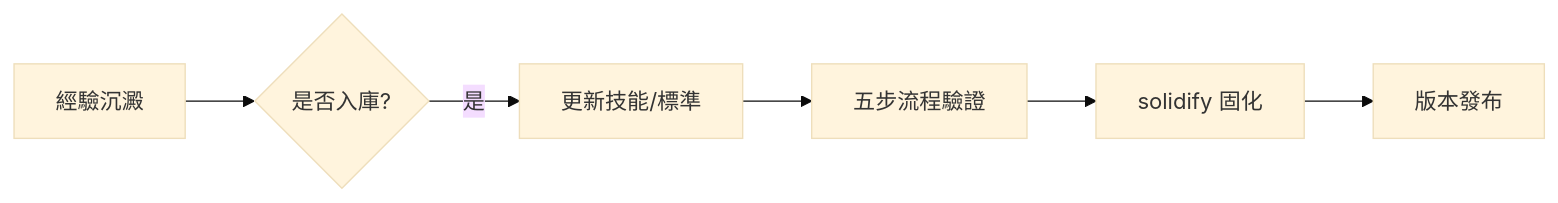
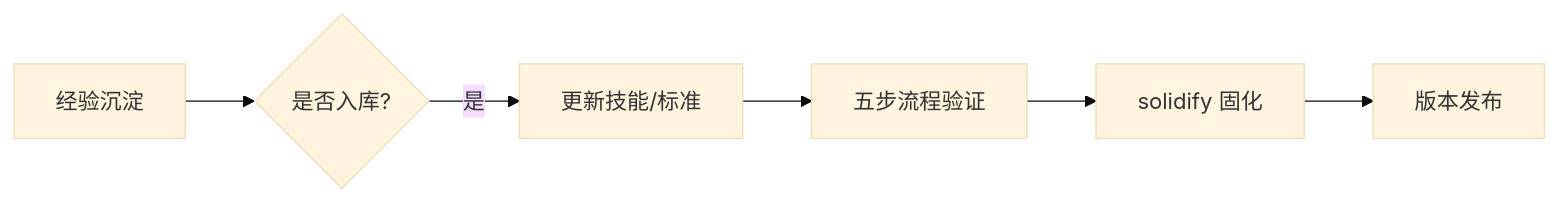
The second of 2 diagrams in .trae/skills/dev-project-team-skill/skills/self-improve/domain/lesson-harvesting.md (gogojaja/DevProjectTeamSkill), drawn with Mermaid (base theme) before and after one commit. The commit also changed other lines of this file and 69 other files, not shown here.

````diff
--- a/.trae/skills/dev-project-team-skill/skills/self-improve/domain/lesson-harvesting.md
+++ b/.trae/skills/dev-project-team-skill/skills/self-improve/domain/lesson-harvesting.md
@@ -144,8 +144,8 @@
 ```mermaid
 graph LR
-  A[經驗沉澱] --> B{是否入庫?}
-  B -->|是| C[更新技能/標準]
-  C --> D[五步流程驗證]
+  A[经验沉淀] --> B{是否入库?}
+  B -->|是| C[更新技能/标准]
+  C --> D[五步流程验证]
   D --> E[solidify 固化]
-  E --> F[版本發布]
+  E --> F[版本发布]
 ```
````
